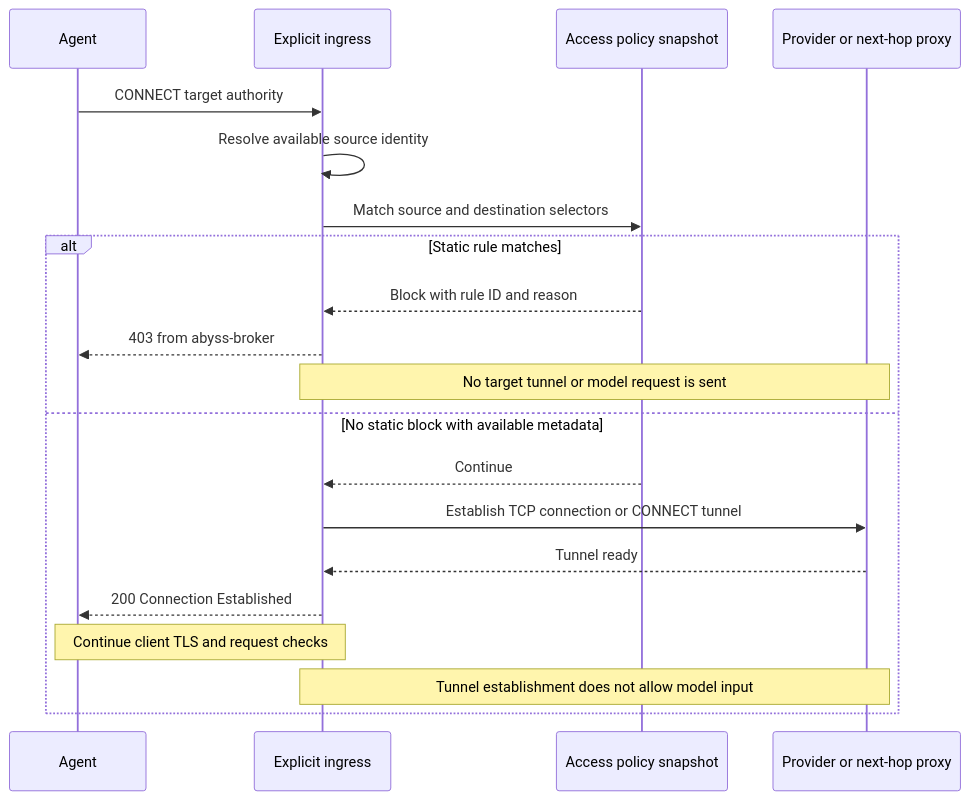
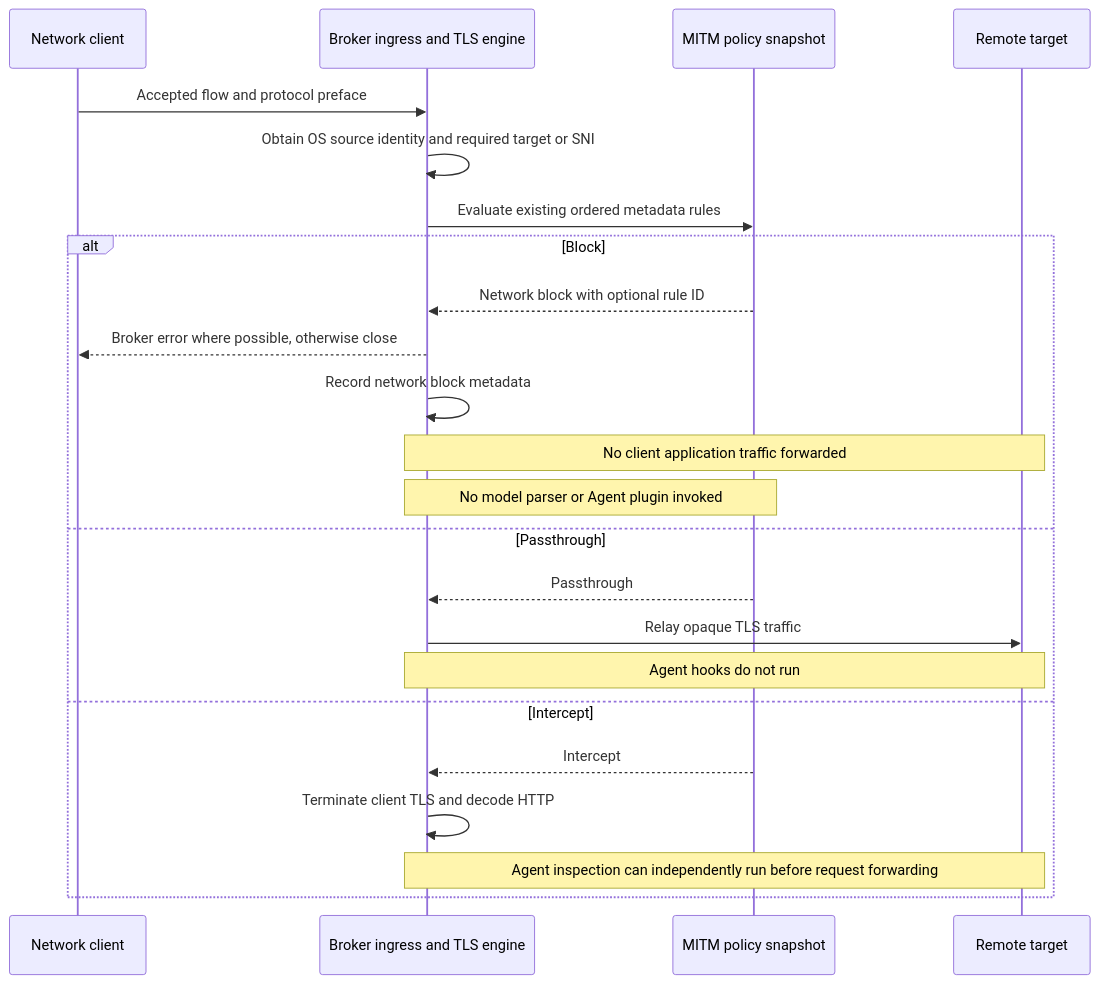
The first of 4 diagrams in docs/request-blocking-design.md (lexmount/abyss-rs), drawn with Mermaid before and after one commit. The commit also changed other lines of this file, not shown here.

First line of the commit message:
docs: separate network and Agent blocking

````diff
--- a/docs/request-blocking-design.md
+++ b/docs/request-blocking-design.md
@@ -145,22 +156,25 @@
 ```mermaid
 sequenceDiagram
-    participant A as Agent
-    participant I as Explicit ingress
-    participant R as Access policy snapshot
-    participant P as Provider or next-hop proxy
-    A->>I: CONNECT target authority
-    I->>I: Resolve available source identity
-    I->>R: Match source and destination selectors
-    alt Static rule matches
-        R-->>I: Block with rule ID and reason
-        I-->>A: 403 from abyss-broker
-        Note over I,P: No target tunnel or model request is sent
-    else No static block with available metadata
-        R-->>I: Continue
-        I->>P: Establish TCP connection or CONNECT tunnel
-        P-->>I: Tunnel ready
-        I-->>A: 200 Connection Established
-        Note over A,I: Continue client TLS and request checks
-        Note over I,P: Tunnel establishment does not allow model input
+    participant C as Network client
+    participant B as Broker ingress and TLS engine
+    participant M as MITM policy snapshot
+    participant T as Remote target
+    C->>B: Accepted flow and protocol preface
+    B->>B: Obtain OS source identity and required target or SNI
+    B->>M: Evaluate existing ordered metadata rules
+    alt Block
+        M-->>B: Network block with optional rule ID
+        B-->>C: Broker error where possible, otherwise close
+        B->>B: Record network block metadata
+        Note over B,T: No client application traffic forwarded
+        Note over B,M: No model parser or Agent plugin invoked
+    else Passthrough
+        M-->>B: Passthrough
+        B->>T: Relay opaque TLS traffic
+        Note over B,T: Agent hooks do not run
+    else Intercept
+        M-->>B: Intercept
+        B->>B: Terminate client TLS and decode HTTP
+        Note over B,T: Agent inspection can independently run before request forwarding
     end
 ```
````
